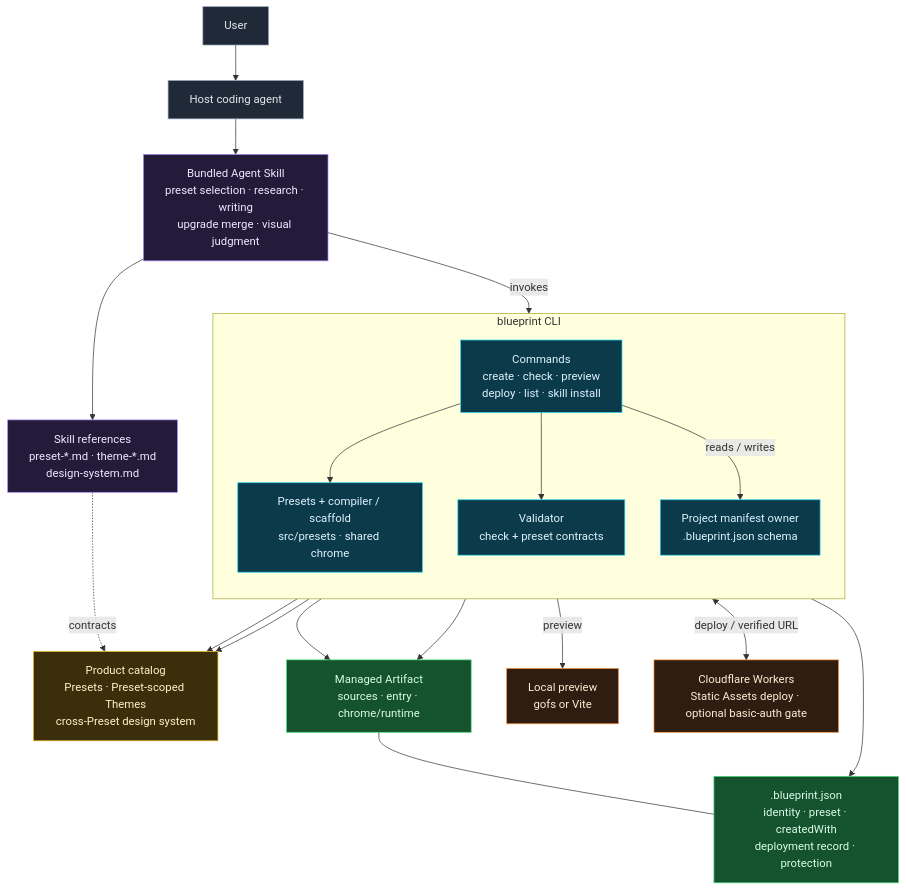
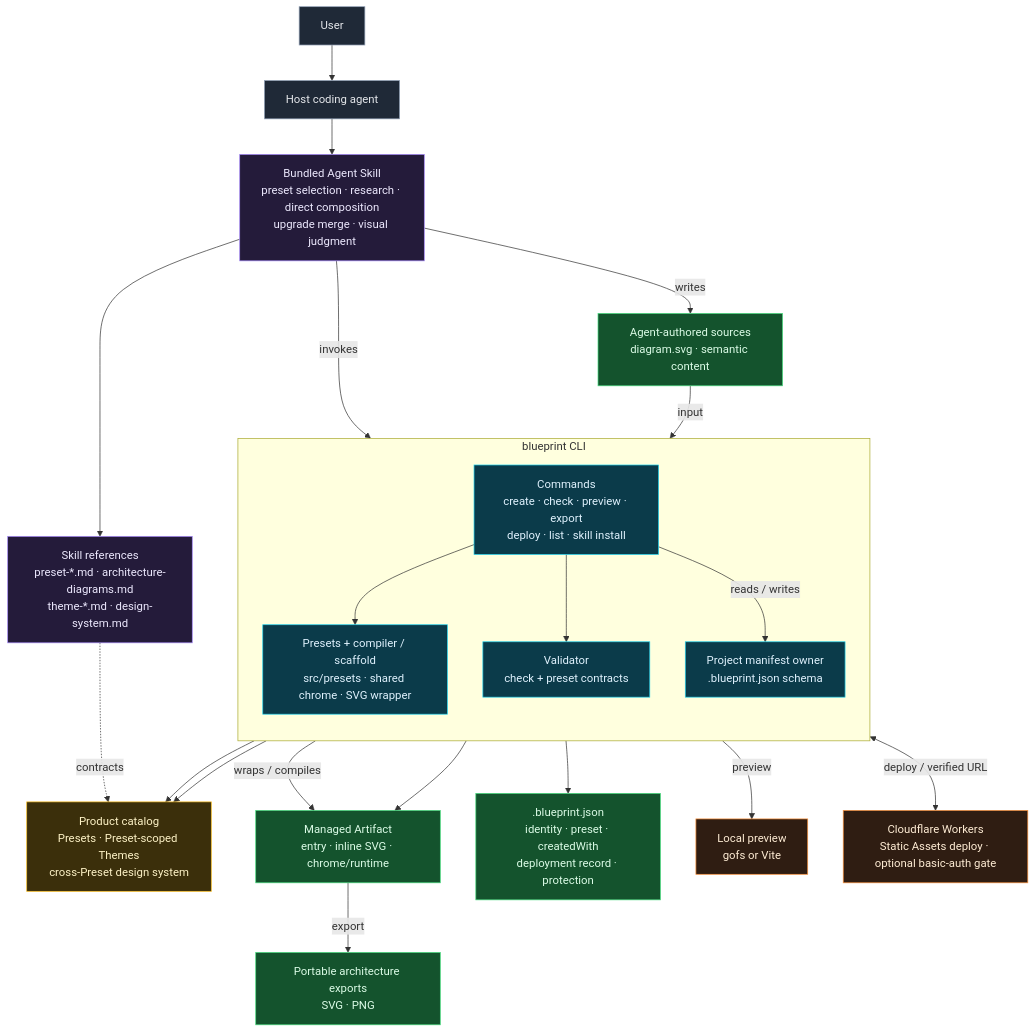
One commit to samzong/blueprint changed the diagram in docs/architecture/live/blueprint.mmd. Above: the diagram before and after it, drawn with Mermaid. The commit also changed 16 other files, not shown here.

Commit message:
feat(architecture): add direct diagram workflow (#23)

```diff
--- a/docs/architecture/live/blueprint.mmd
+++ b/docs/architecture/live/blueprint.mmd
@@ -1,50 +1,54 @@
 %% blueprint — CLI + Agent Skill architecture
 %% Single source of truth for this repository's system boundary.
 %% UPDATE THIS FILE in the same change whenever the architecture changes.
 %% See README.md in this directory.
 flowchart TB
     classDef actor fill:#1f2937,stroke:#94a3b8,stroke-width:1px,color:#e5e7eb
     classDef skill fill:#241b3a,stroke:#a78bfa,stroke-width:1px,color:#ede9fe
     classDef cli fill:#0b3b4a,stroke:#22d3ee,stroke-width:1px,color:#e0f2fe
     classDef catalog fill:#3b2f0b,stroke:#fbbf24,stroke-width:1px,color:#fef3c7
     classDef artifact fill:#14532d,stroke:#4ade80,stroke-width:1px,color:#dcfce7
     classDef external fill:#2f1d12,stroke:#fb923c,stroke-width:1px,color:#ffedd5
 
     User["User"]:::actor
     Agent["Host coding agent"]:::actor
 
-    Skill["Bundled Agent Skill<br/>preset selection · research · writing<br/>upgrade merge · visual judgment"]:::skill
-    Refs["Skill references<br/>preset-*.md · theme-*.md<br/>design-system.md"]:::skill
+    Skill["Bundled Agent Skill<br/>preset selection · research · direct composition<br/>upgrade merge · visual judgment"]:::skill
+    Refs["Skill references<br/>preset-*.md · architecture-diagrams.md<br/>theme-*.md · design-system.md"]:::skill
 
     subgraph CLI["blueprint CLI"]
         direction TB
-        Commands["Commands<br/>create · check · preview<br/>deploy · list · skill install"]:::cli
-        Compiler["Presets + compiler / scaffold<br/>src/presets · shared chrome"]:::cli
+        Commands["Commands<br/>create · check · preview · export<br/>deploy · list · skill install"]:::cli
+        Compiler["Presets + compiler / scaffold<br/>src/presets · shared chrome · SVG wrapper"]:::cli
         Validator["Validator<br/>check + preset contracts"]:::cli
         Manifest["Project manifest owner<br/>.blueprint.json schema"]:::cli
         Commands --> Compiler
         Commands --> Validator
         Commands -->|"reads / writes"| Manifest
     end
 
     Catalog["Product catalog<br/>Presets · Preset-scoped Themes<br/>cross-Preset design system"]:::catalog
 
-    Artifact["Managed Artifact<br/>sources · entry · chrome/runtime"]:::artifact
+    Sources["Agent-authored sources<br/>diagram.svg · semantic content"]:::artifact
+    Artifact["Managed Artifact<br/>entry · inline SVG · chrome/runtime"]:::artifact
     ProjectMeta[".blueprint.json<br/>identity · preset · createdWith<br/>deployment record · protection"]:::artifact
+    Portable["Portable architecture exports<br/>SVG · PNG"]:::artifact
 
     Preview["Local preview<br/>gofs or Vite"]:::external
     Wrangler["Cloudflare Workers<br/>Static Assets deploy · optional basic-auth gate"]:::external
 
     User --> Agent
     Agent --> Skill
     Skill --> Refs
     Skill -->|"invokes"| Commands
+    Skill -->|"writes"| Sources
     Refs -.->|"contracts"| Catalog
     Compiler --> Catalog
     Validator --> Catalog
-    Compiler --> Artifact
+    Sources -->|"input"| Compiler
+    Compiler -->|"wraps / compiles"| Artifact
+    Artifact -->|"export"| Portable
     Validator --> Artifact
     Manifest --> ProjectMeta
-    Artifact --- ProjectMeta
     Commands -->|"preview"| Preview
     Commands <-->|"deploy / verified URL"| Wrangler
```
